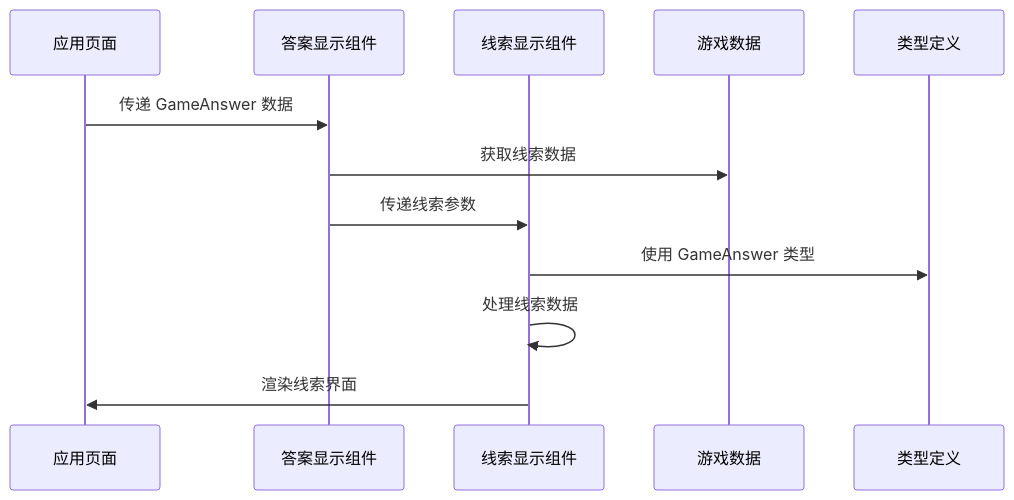
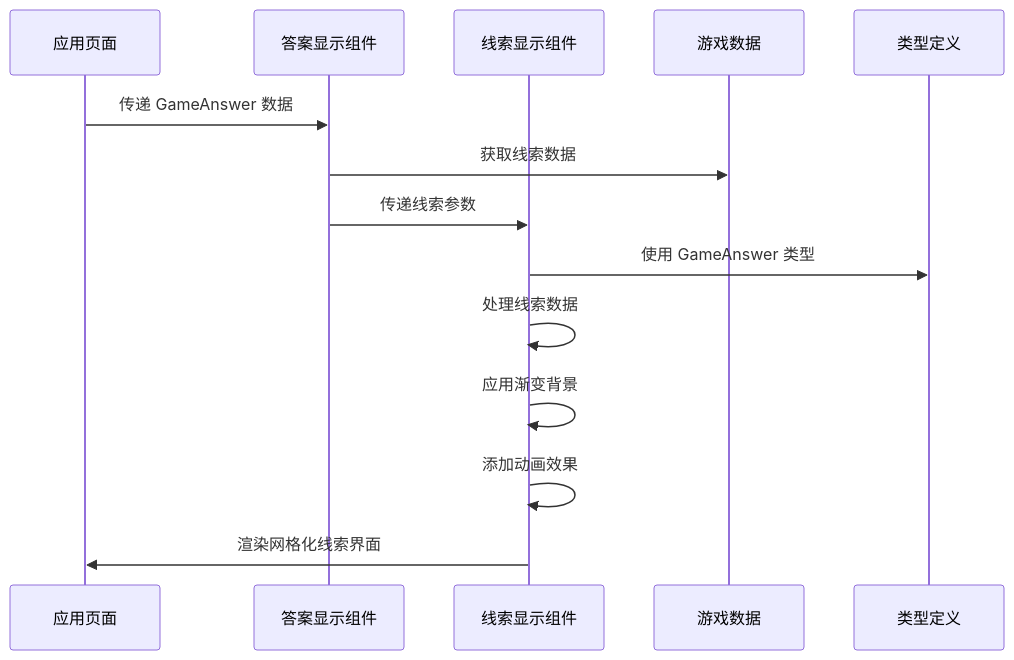
Before and after one commit to billychou/linkedin-answer: the second of 9 diagrams in .qoder/repowiki/zh/content/核心功能模块/游戏组件系统/CluesDisplay 线索显示组件.md, drawn with Mermaid. The commit also changed other lines of this file and 10 other files, not shown here.

````diff
--- a/.qoder/repowiki/zh/content/核心功能模块/游戏组件系统/CluesDisplay 线索显示组件.md
+++ b/.qoder/repowiki/zh/content/核心功能模块/游戏组件系统/CluesDisplay 线索显示组件.md
@@ -111,14 +115,16 @@
 ```mermaid
 sequenceDiagram
 participant App as 应用页面
 participant AnswerDisplay as 答案显示组件
 participant CluesDisplay as 线索显示组件
 participant Data as 游戏数据
 participant Types as 类型定义
 App->>AnswerDisplay : 传递 GameAnswer 数据
 AnswerDisplay->>Data : 获取线索数据
 AnswerDisplay->>CluesDisplay : 传递线索参数
 CluesDisplay->>Types : 使用 GameAnswer 类型
 CluesDisplay->>CluesDisplay : 处理线索数据
-CluesDisplay->>App : 渲染线索界面
+CluesDisplay->>CluesDisplay : 应用渐变背景
+CluesDisplay->>CluesDisplay : 添加动画效果
+CluesDisplay->>App : 渲染网格化线索界面
 ```
````
